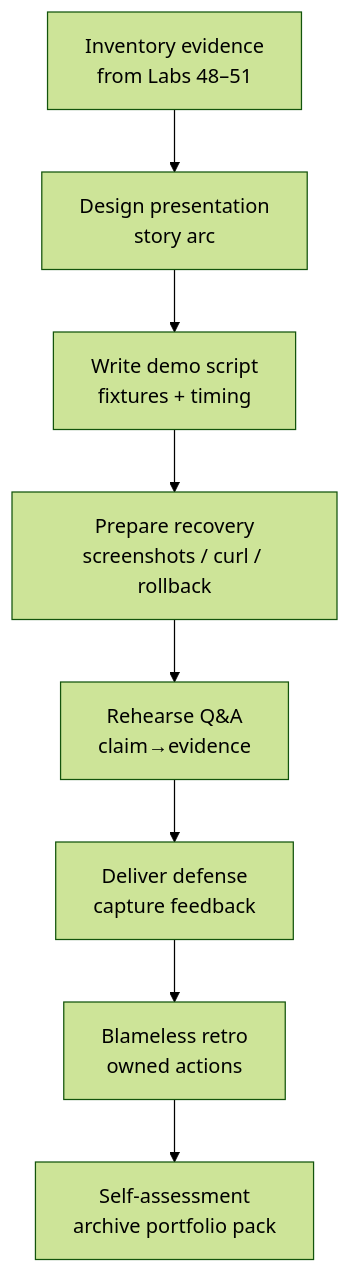
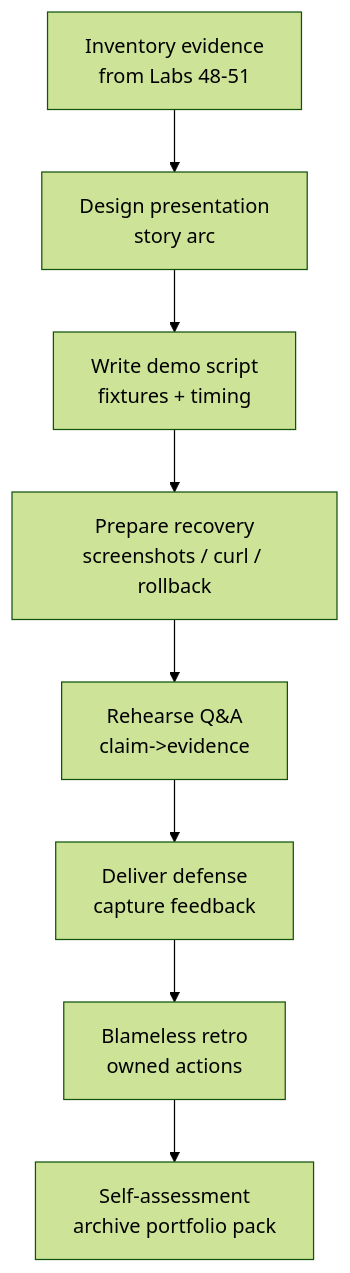
The second of 2 diagrams in labs/Week 6 - Capstone Project/module-52/lab52/LAB-52-GUIDE.md (pupilliluke/bc-sw-engineer-java-participant), drawn with Mermaid (forest theme) before and after one commit. The commit also changed other lines of this file and 55 other files, not shown here.

Commit message:
Stop publishing local screenshots; harden Mermaid for GitHub; sync only tracked lab files.

````diff
--- a/labs/Week 6 - Capstone Project/module-52/lab52/LAB-52-GUIDE.md
+++ b/labs/Week 6 - Capstone Project/module-52/lab52/LAB-52-GUIDE.md
@@ -98,10 +98,10 @@
 ```mermaid
 flowchart TD
-    A["Inventory evidence<br/>from Labs 48–51"] --> B["Design presentation<br/>story arc"]
+    A["Inventory evidence<br/>from Labs 48-51"] --> B["Design presentation<br/>story arc"]
     B --> C["Write demo script<br/>fixtures + timing"]
     C --> D["Prepare recovery<br/>screenshots / curl / rollback"]
-    D --> E["Rehearse Q&A<br/>claim→evidence"]
+    D --> E["Rehearse Q&A<br/>claim->evidence"]
     E --> F["Deliver defense<br/>capture feedback"]
     F --> G["Blameless retro<br/>owned actions"]
     G --> H["Self-assessment<br/>archive portfolio pack"]
 ```
````
